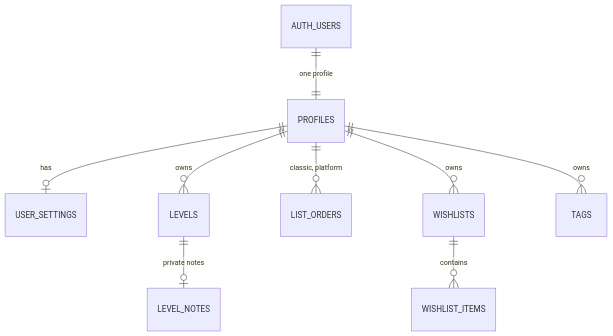
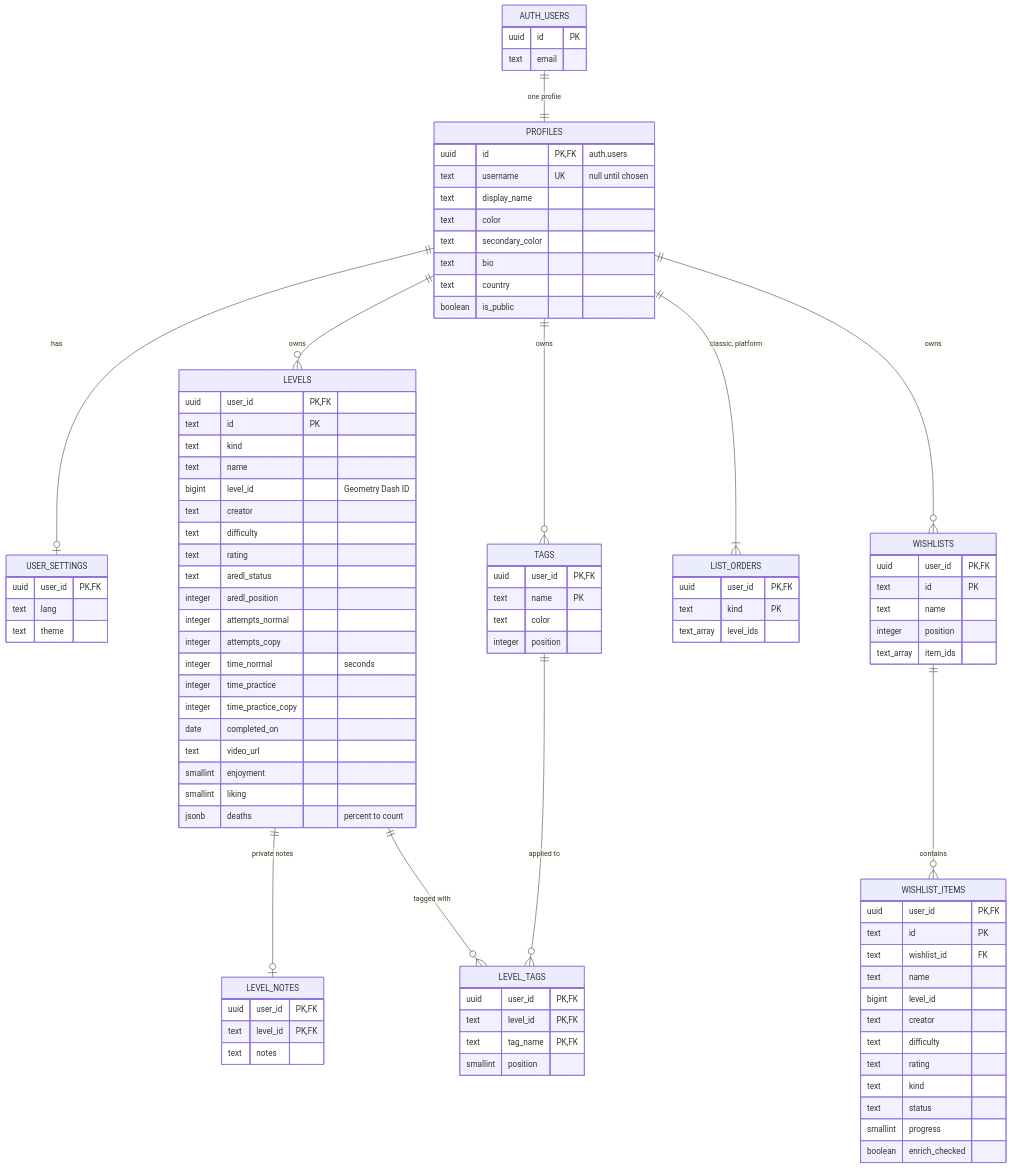
One commit to Wal-014/Personal-Progress-List changed the diagram in docs/cloud-accounts.md. Above: the diagram before and after it, drawn with Mermaid. The commit also changed other lines of this file and 6 other files, not shown here.

First line of the commit message:
Normalize level tags, keep a deleted-row archive and store numeric level IDs

````diff
--- a/docs/cloud-accounts.md
+++ b/docs/cloud-accounts.md
@@ -35,8 +37,95 @@
   PROFILES ||--o| USER_SETTINGS : has
   PROFILES ||--o{ LEVELS : owns
   LEVELS ||--o| LEVEL_NOTES : "private notes"
-  PROFILES ||--o{ LIST_ORDERS : "classic, platform"
+  LEVELS ||--o{ LEVEL_TAGS : "tagged with"
+  TAGS ||--o{ LEVEL_TAGS : "applied to"
+  PROFILES ||--o{ TAGS : owns
+  PROFILES ||--|{ LIST_ORDERS : "classic, platform"
   PROFILES ||--o{ WISHLISTS : owns
   WISHLISTS ||--o{ WISHLIST_ITEMS : contains
-  PROFILES ||--o{ TAGS : owns
+
+  AUTH_USERS {
+    uuid id PK
+    text email
+  }
+  PROFILES {
+    uuid id PK, FK "auth.users"
+    text username UK "null until chosen"
+    text display_name
+    text color
+    text secondary_color
+    text bio
+    text country
+    boolean is_public
+  }
+  USER_SETTINGS {
+    uuid user_id PK, FK
+    text lang
+    text theme
+  }
+  LEVELS {
+    uuid user_id PK, FK
+    text id PK
+    text kind
+    text name
+    bigint level_id "Geometry Dash ID"
+    text creator
+    text difficulty
+    text rating
+    text aredl_status
+    integer aredl_position
+    integer attempts_normal
+    integer attempts_copy
+    integer time_normal "seconds"
+    integer time_practice
+    integer time_practice_copy
+    date completed_on
+    text video_url
+    smallint enjoyment
+    smallint liking
+    jsonb deaths "percent to count"
+  }
+  LEVEL_NOTES {
+    uuid user_id PK, FK
+    text level_id PK, FK
+    text notes
+  }
+  TAGS {
+    uuid user_id PK, FK
+    text name PK
+    text color
+    integer position
+  }
+  LEVEL_TAGS {
+    uuid user_id PK, FK
+    text level_id PK, FK
+    text tag_name PK, FK
+    smallint position
+  }
+  LIST_ORDERS {
+    uuid user_id PK, FK
+    text kind PK
+    text_array level_ids
+  }
+  WISHLISTS {
+    uuid user_id PK, FK
+    text id PK
+    text name
+    integer position
+    text_array item_ids
+  }
+  WISHLIST_ITEMS {
+    uuid user_id PK, FK
+    text id PK
+    text wishlist_id FK
+    text name
+    bigint level_id
+    text creator
+    text difficulty
+    text rating
+    text kind
+    text status
+    smallint progress
+    boolean enrich_checked
+  }
 ```
````
